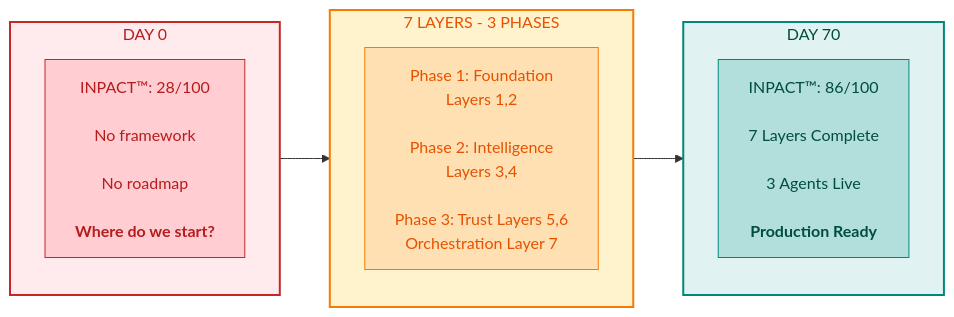
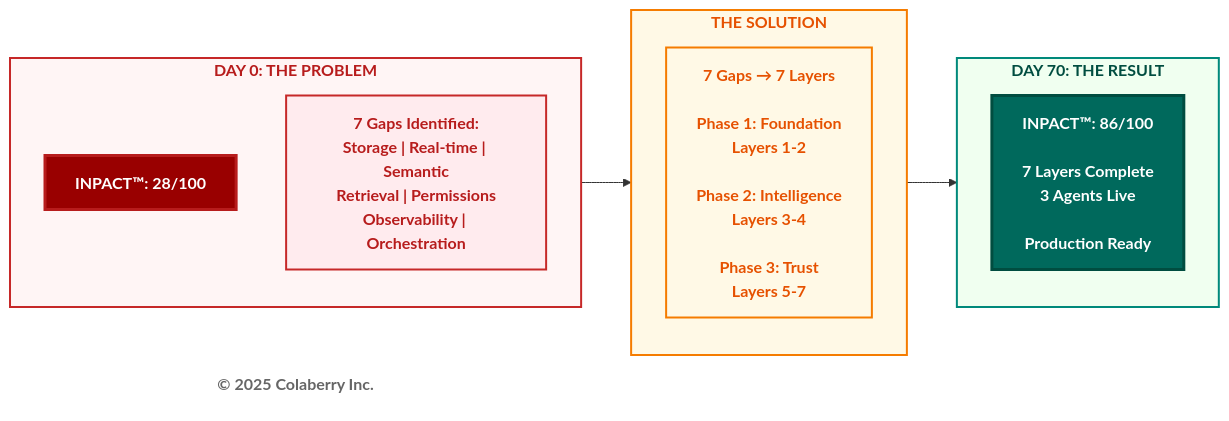
Before and after one commit to saitejesh-cyber/trust-before-intelligence-book: the first of 4 diagrams in manuscript/04_chapter_3_from_bi_to_agent.md, drawn with Mermaid. The commit also changed other lines of this file and 7 other files, not shown here.

First line of the commit message:
fixing diagrams

````diff
--- a/manuscript/04_chapter_3_from_bi_to_agent.md
+++ b/manuscript/04_chapter_3_from_bi_to_agent.md
@@ -6,28 +26,41 @@
 ```mermaid
 
 graph LR
-    subgraph BEFORE["DAY 0"]
+    subgraph BEFORE["<b>DAY 0: THE PROBLEM</b>"]
         direction TB
-        B1["INPACT™: 28/100<br/><br/>No framework<br/><br/>No roadmap<br/><br/><b>Where do we start?</b>"]
+        B1["<b>INPACT™: 28/100</b>"]
+        B2["<b>7 Gaps Identified:</b><br/><b>Storage | Real-time | Semantic</b><br/><b>Retrieval | Permissions</b><br/><b>Observability | Orchestration</b>"]
     end
     
-    subgraph PHASES["7 LAYERS - 3 PHASES"]
+    subgraph SOLUTION["<b>THE SOLUTION</b>"]
         direction TB
-        P1["Phase 1: Foundation<br/>Layers 1,2<br/><br/>Phase 2: Intelligence<br/>Layers 3,4<br/><br/>Phase 3: Trust Layers 5,6<br/> Orchestration Layer 7"]
+        S1["<b>7 Gaps → 7 Layers</b><br/><br/><b>Phase 1: Foundation</b><br/><b>Layers 1-2</b><br/><br/><b>Phase 2: Intelligence</b><br/><b>Layers 3-4</b><br/><br/><b>Phase 3: Trust</b><br/><b>Layers 5-7</b>"]
     end
     
-    subgraph AFTER["DAY 70"]
+    subgraph AFTER["<b>DAY 70: THE RESULT</b>"]
         direction TB
-        A1["INPACT™: 86/100<br/><br/>7 Layers Complete<br/><br/>3 Agents Live<br/><br/><b>Production Ready</b>"]
+        A1["<b>INPACT™: 86/100</b><br/><br/><b>7 Layers Complete</b><br/><b>3 Agents Live</b><br/><br/><b>Production Ready</b>"]
     end
     
-    BEFORE --> PHASES --> AFTER
+    Copyright["<b>© 2025 Colaberry Inc.</b>"]
     
-    style BEFORE fill:#ffebee,stroke:#c62828,stroke-width:2px,color:#b71c1c
-    style PHASES fill:#fff3cd,stroke:#f57c00,stroke-width:2px,color:#e65100
-    style AFTER fill:#e0f2f1,stroke:#00897b,stroke-width:2px,color:#004d40
-    style B1 fill:#ffcdd2,stroke:#c62828,color:#b71c1c
-    style P1 fill:#ffe0b2,stroke:#f57c00,color:#e65100
-    style A1 fill:#b2dfdb,stroke:#00897b,color:#004d40
+    BEFORE --> SOLUTION --> AFTER
+    
+    %% RED - Problems/Old Era (Day 0 with gaps)
+    style BEFORE fill:#fff5f5,stroke:#c62828,stroke-width:2px,color:#b71c1c
+    style B1 fill:#990000,color:#ffffff,stroke:#b71c1c,stroke-width:3px
+    style B2 fill:#ffebee,stroke:#c62828,stroke-width:2px,color:#b71c1c
+    
+    %% ORANGE - Transition/Solution
+    style SOLUTION fill:#fff9e6,stroke:#f57c00,stroke-width:2px,color:#e65100
+    style S1 fill:#fff9e6,stroke:#f57c00,stroke-width:2px,color:#e65100
+    
+    %% TEAL - Success/Result (Day 70)
+    style AFTER fill:#f0fff0,stroke:#00897b,stroke-width:2px,color:#004d40
+    style A1 fill:#00695c,color:#ffffff,stroke:#004d40,stroke-width:3px
+    
+    %% Copyright
+    style Copyright fill:#ffffff,stroke:none,color:#666666
+
 
 ```
````
